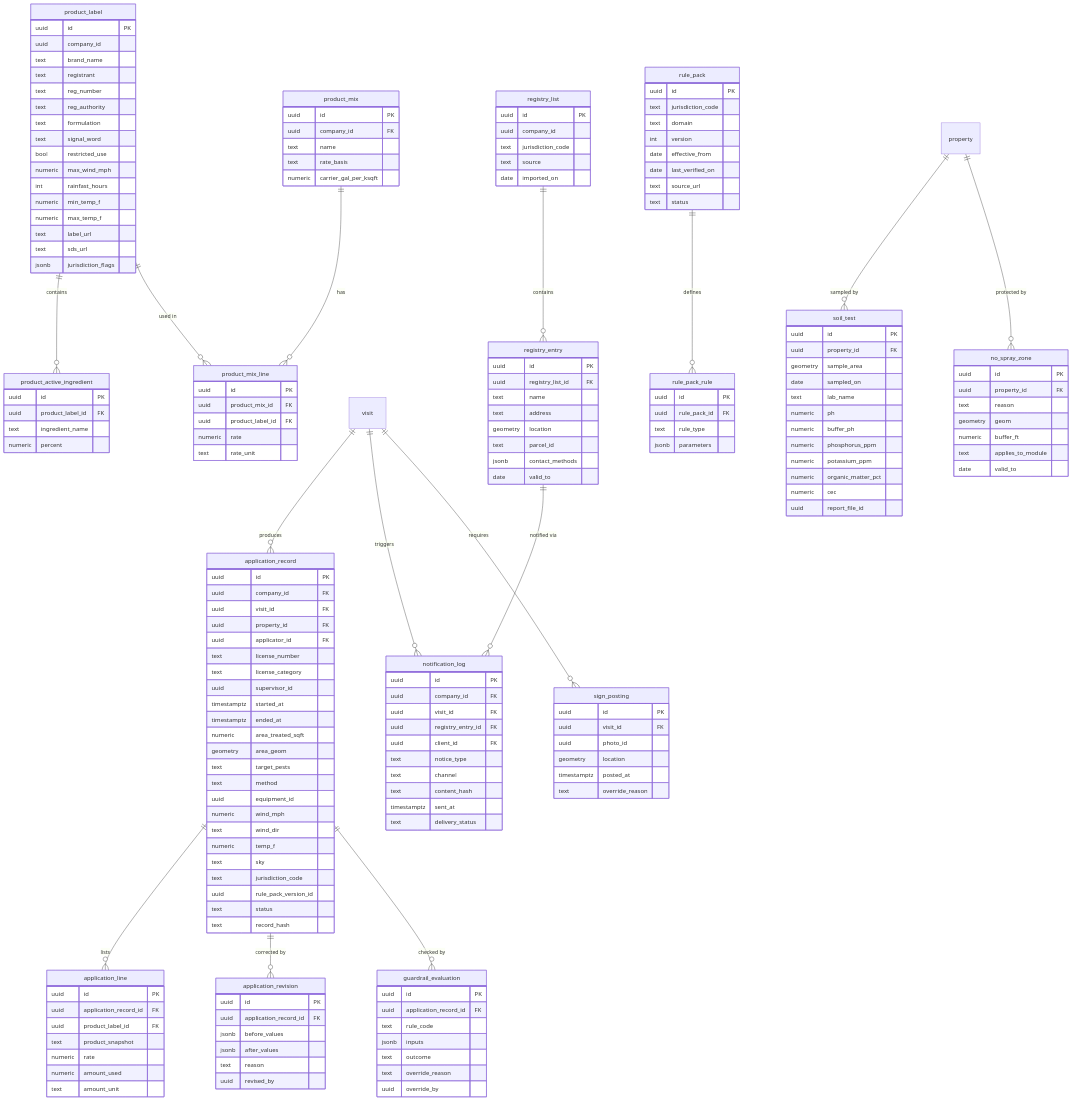
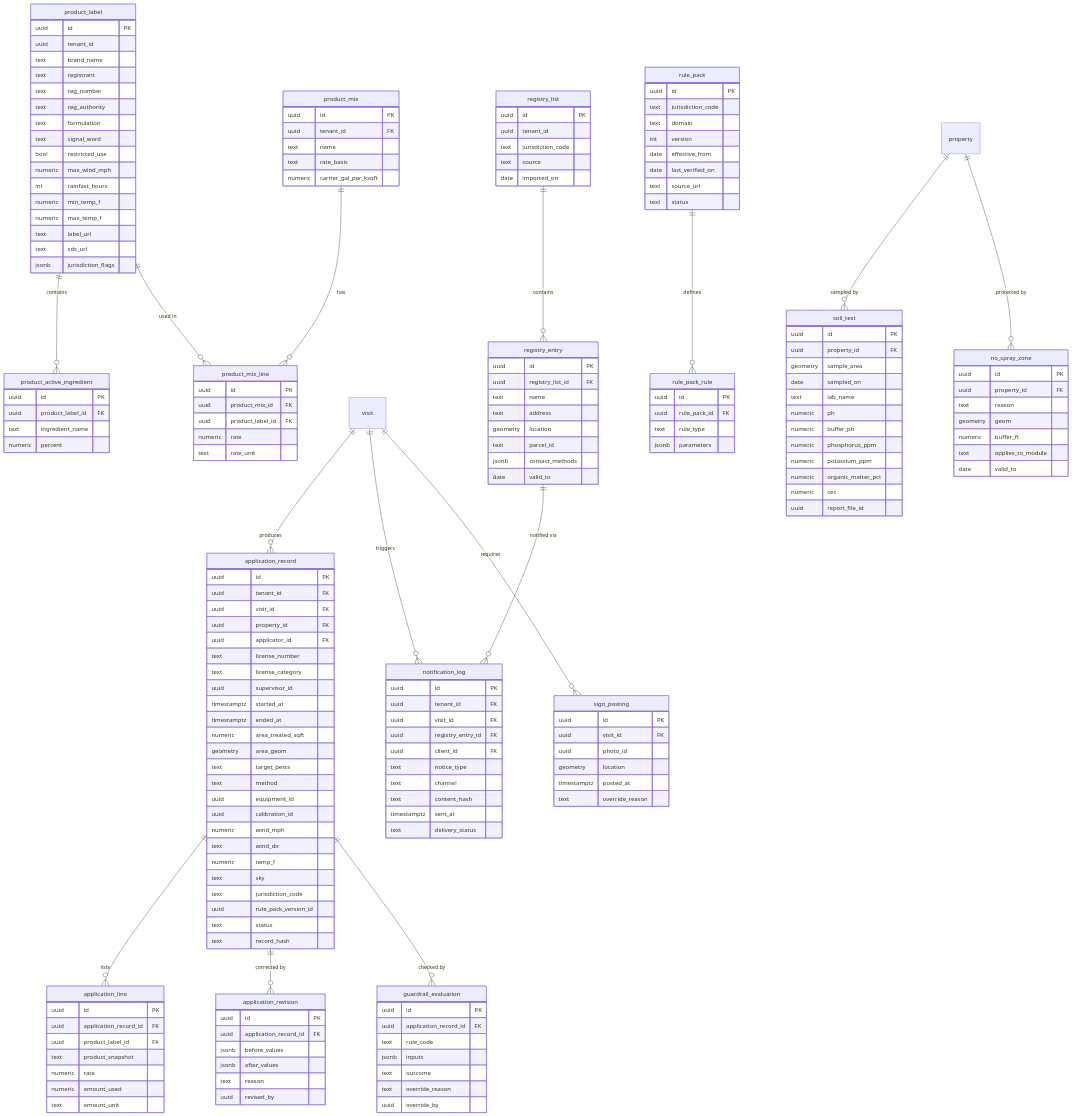
Before and after one commit to jdinard/landscape: diagram 18 of 23 in docs/14-service-line-modules.md, drawn with Mermaid. The commit also changed other lines of this file and 13 other files, not shown here.

```diff
--- a/docs/14-service-line-modules.md
+++ b/docs/14-service-line-modules.md
@@ -1559,7 +1853,7 @@
     property ||--o{ no_spray_zone : "protected by"
     product_label {
         uuid id PK
-        uuid company_id
+        uuid tenant_id
         text brand_name
         text registrant
         text reg_number
@@ -1583,7 +1877,7 @@
     }
     product_mix {
         uuid id PK
-        uuid company_id FK
+        uuid tenant_id FK
         text name
         text rate_basis
         numeric carrier_gal_per_ksqft
@@ -1597,7 +1891,7 @@
     }
     application_record {
         uuid id PK
-        uuid company_id FK
+        uuid tenant_id FK
         uuid visit_id FK
         uuid property_id FK
         uuid applicator_id FK
@@ -1611,6 +1905,7 @@
         text target_pests
         text method
         uuid equipment_id
+        uuid calibration_id
         numeric wind_mph
         text wind_dir
         numeric temp_f
@@ -1664,7 +1959,7 @@
     }
     registry_list {
         uuid id PK
-        uuid company_id
+        uuid tenant_id
         text jurisdiction_code
         text source
         date imported_on
@@ -1681,7 +1976,7 @@
     }
     notification_log {
         uuid id PK
-        uuid company_id FK
+        uuid tenant_id FK
         uuid visit_id FK
         uuid registry_entry_id FK
         uuid client_id FK
```
